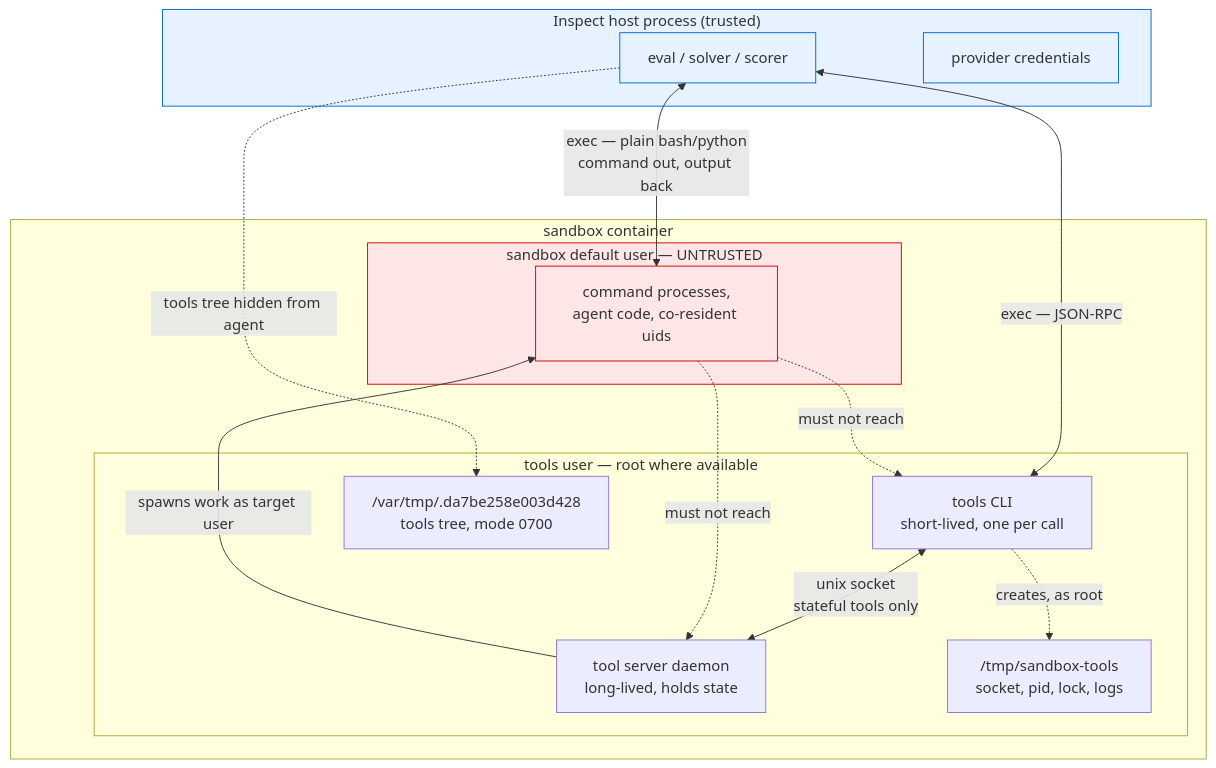
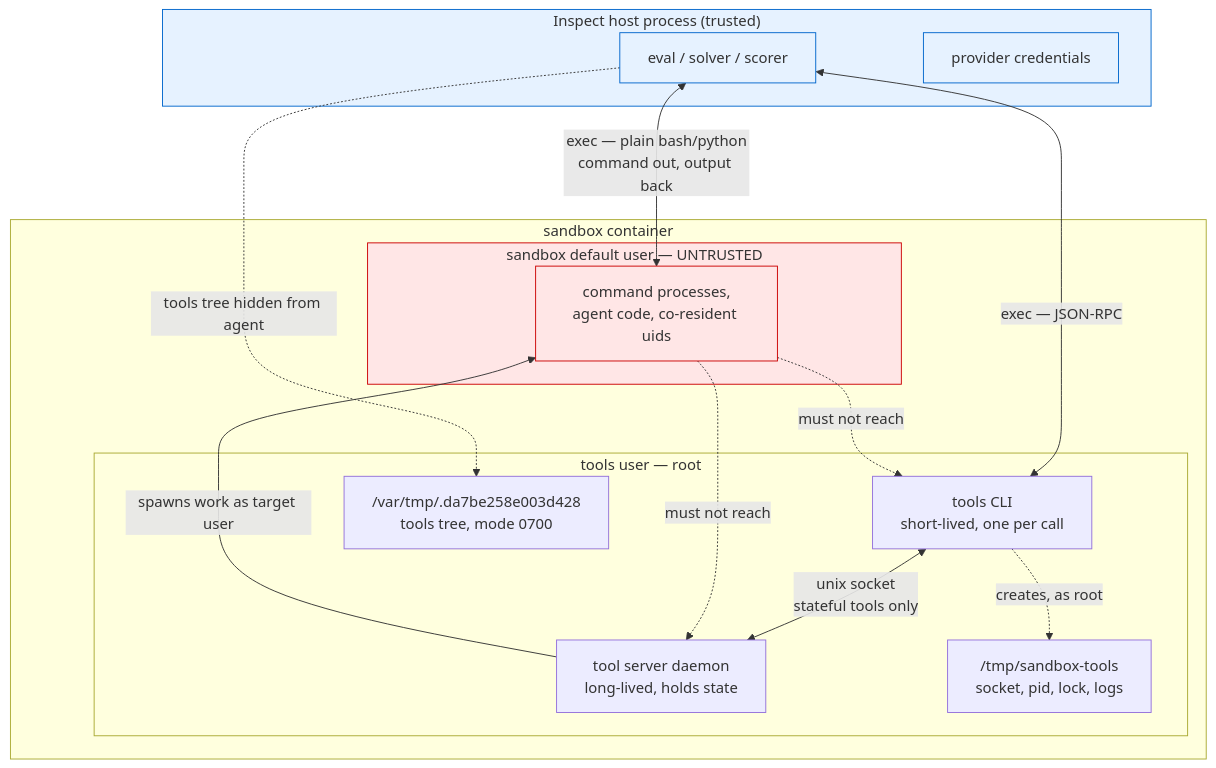
The first of 4 diagrams in design/sandbox-trust-model.md (ransomr/inspect_ai), drawn with Mermaid before and after one commit. The commit also changed other lines of this file, not shown here.

````diff
--- a/design/sandbox-trust-model.md
+++ b/design/sandbox-trust-model.md
@@ -54,34 +60,34 @@
 ```mermaid
 flowchart TB
     subgraph host["Inspect host process (trusted)"]
         EVAL["eval / solver / scorer"]
         KEYS["provider credentials"]
     end
 
     subgraph container["sandbox container"]
-        subgraph rootzone["tools user — root where available"]
+        subgraph rootzone["tools user — root"]
             CLI["tools CLI<br/>short-lived, one per call"]
             DAEMON["tool server daemon<br/>long-lived, holds state"]
             TREE["/var/tmp/.da7be258e003d428<br/>tools tree, mode 0700"]
             RUNDIR["/tmp/sandbox-tools<br/>socket, pid, lock, logs"]
         end
 
         subgraph agentzone["sandbox default user — UNTRUSTED"]
             PROC["command processes,<br/>agent code, co-resident uids"]
         end
     end
 
     EVAL <-->|"exec — plain bash/python<br/>command out, output back"| PROC
     EVAL <-->|"exec — JSON-RPC"| CLI
     EVAL -.->|"tools tree hidden from agent"| TREE
     CLI <-->|"unix socket<br/>stateful tools only"| DAEMON
     CLI -.->|"creates, as root"| RUNDIR
     DAEMON -->|"spawns work as target user"| PROC
     PROC -. "must not reach" .-> CLI
     PROC -. "must not reach" .-> DAEMON
 
     classDef untrusted fill:#ffe6e6,stroke:#cc0000
     classDef trusted fill:#e6f2ff,stroke:#0066cc
     class agentzone,PROC untrusted
     class host,EVAL,KEYS trusted
 ```
````
